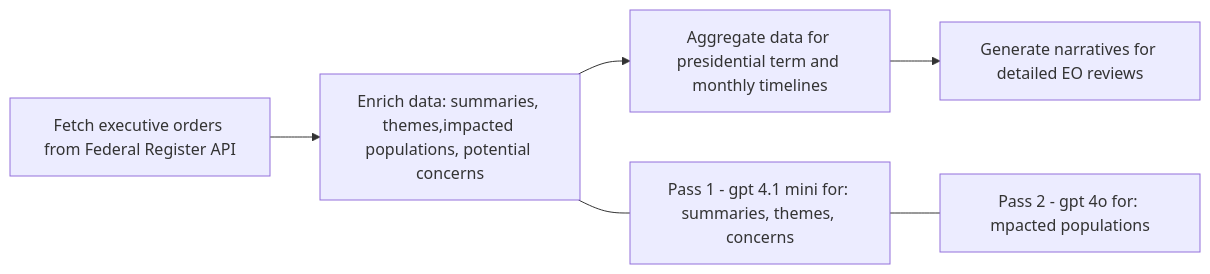
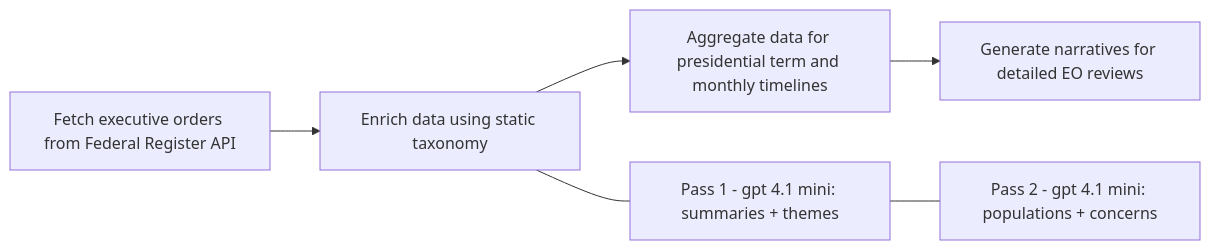
The diagram in README.md (aml25/federal-register-analytics), drawn with Mermaid before and after one commit. The commit also changed other lines of this file and 479 other files, not shown here.

First line of the commit message:
Refactor enrichment to use static taxonomy and improve narratives

````diff
--- a/README.md
+++ b/README.md
@@ -50,9 +51,9 @@
 ```mermaid
 flowchart LR
-    A[Fetch executive orders from Federal Register API] --> B[Enrich data: summaries, themes,impacted populations, potential concerns]
+    A[Fetch executive orders from Federal Register API] --> B[Enrich data using static taxonomy]
     B --> C[Aggregate data for presidential term and monthly timelines]
     C --> D[Generate narratives for detailed EO reviews]
-    
-    B --- E[Pass 1 - gpt 4.1 mini for: summaries, themes, concerns]
-    E --- F[Pass 2 - gpt 4o for: mpacted populations]
+
+    B --- E[Pass 1 - gpt 4.1 mini: summaries + themes]
+    E --- F[Pass 2 - gpt 4.1 mini: populations + concerns]
 ```
````
